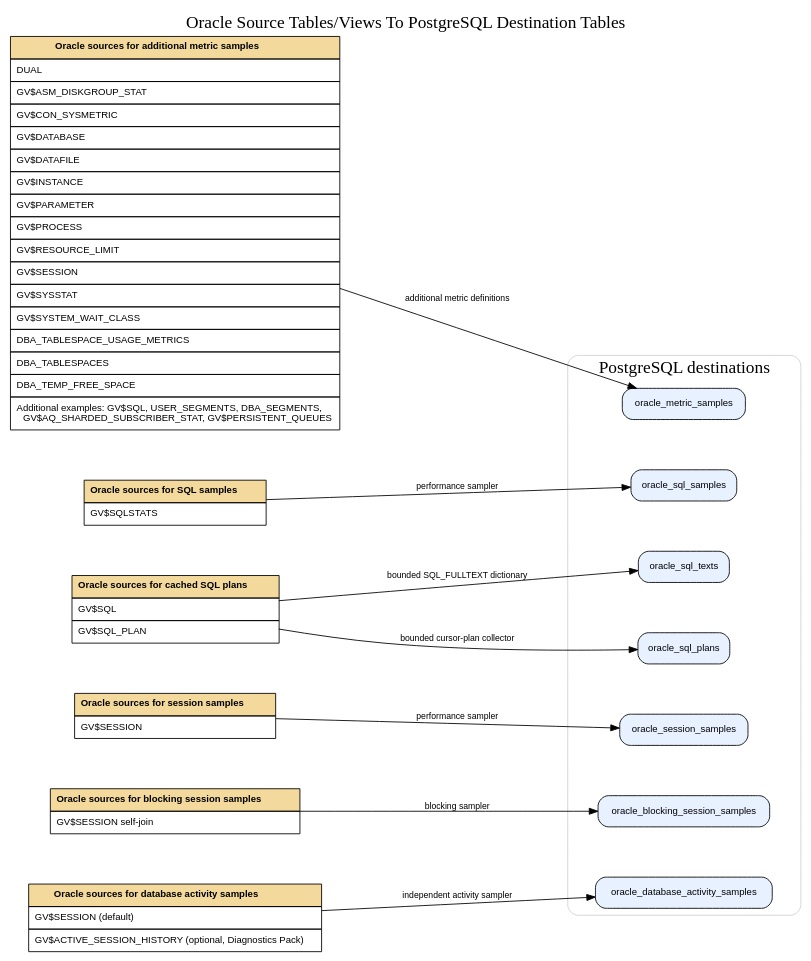
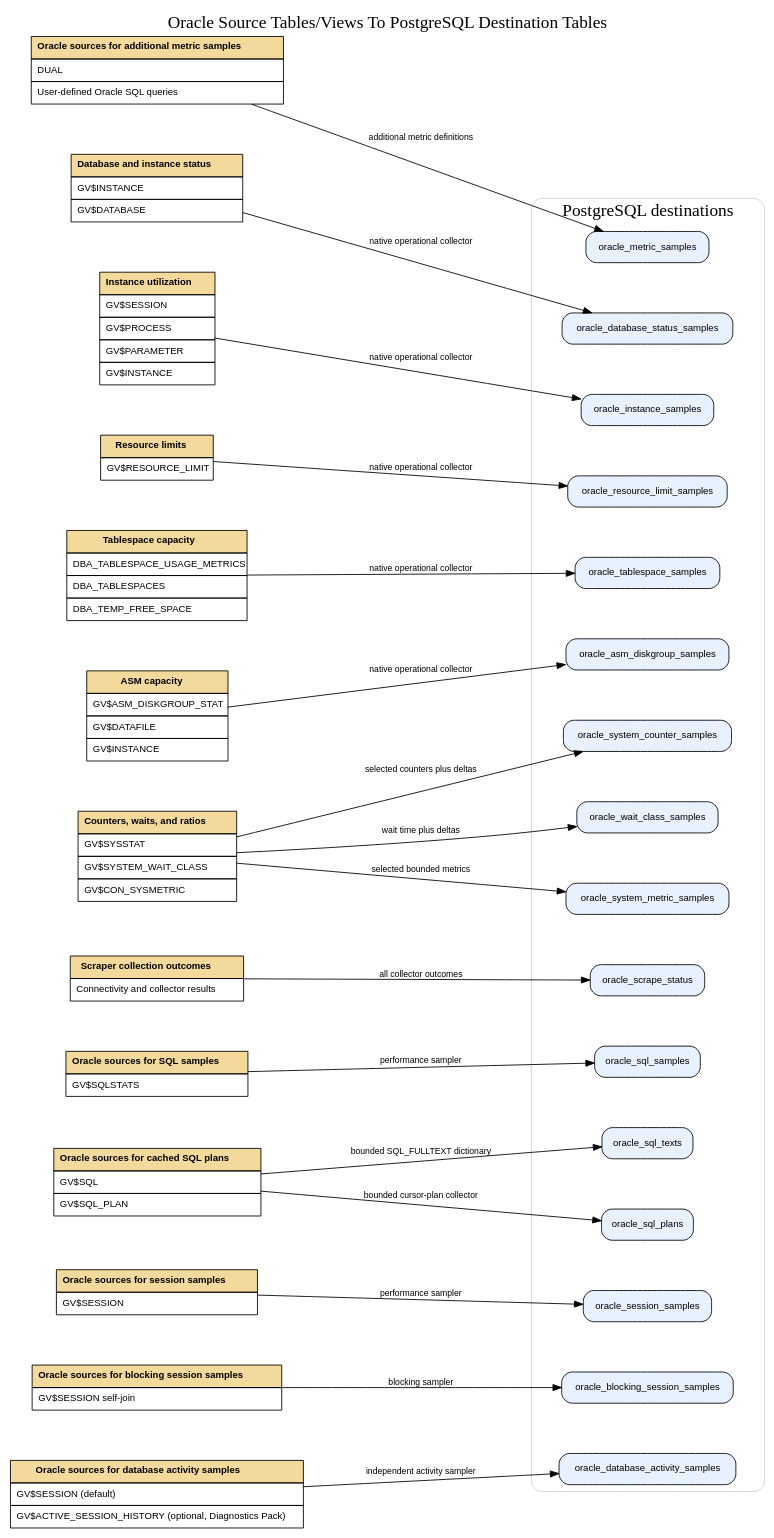
One commit to OneClickDBA/harry-performance-scraper changed the diagram in doc/oracle_to_postgresql_tables.dot. Above: the diagram before and after it, drawn with Graphviz. The commit also changed 30 other files, not shown here.

First line of the commit message:
Add native operational monitoring and Grafana alerts

```diff
--- a/doc/oracle_to_postgresql_tables.dot
+++ b/doc/oracle_to_postgresql_tables.dot
@@ -25,21 +25,87 @@
       <TABLE BORDER="0" CELLBORDER="1" CELLSPACING="0" CELLPADDING="6">
         <TR><TD BGCOLOR="#f3d99b"><B>Oracle sources for additional metric samples</B></TD></TR>
         <TR><TD ALIGN="LEFT">DUAL</TD></TR>
-        <TR><TD ALIGN="LEFT">GV$ASM_DISKGROUP_STAT</TD></TR>
-        <TR><TD ALIGN="LEFT">GV$CON_SYSMETRIC</TD></TR>
+        <TR><TD ALIGN="LEFT">User-defined Oracle SQL queries</TD></TR>
+      </TABLE>
+    >
+  ];
+
+  oracle_operational_identity_sources [
+    shape=plain,
+    label=<
+      <TABLE BORDER="0" CELLBORDER="1" CELLSPACING="0" CELLPADDING="6">
+        <TR><TD BGCOLOR="#f3d99b"><B>Database and instance status</B></TD></TR>
+        <TR><TD ALIGN="LEFT">GV$INSTANCE</TD></TR>
         <TR><TD ALIGN="LEFT">GV$DATABASE</TD></TR>
-        <TR><TD ALIGN="LEFT">GV$DATAFILE</TD></TR>
+      </TABLE>
+    >
+  ];
+
+  oracle_operational_instance_sources [
+    shape=plain,
+    label=<
+      <TABLE BORDER="0" CELLBORDER="1" CELLSPACING="0" CELLPADDING="6">
+        <TR><TD BGCOLOR="#f3d99b"><B>Instance utilization</B></TD></TR>
+        <TR><TD ALIGN="LEFT">GV$SESSION</TD></TR>
+        <TR><TD ALIGN="LEFT">GV$PROCESS</TD></TR>
+        <TR><TD ALIGN="LEFT">GV$PARAMETER</TD></TR>
         <TR><TD ALIGN="LEFT">GV$INSTANCE</TD></TR>
-        <TR><TD ALIGN="LEFT">GV$PARAMETER</TD></TR>
-        <TR><TD ALIGN="LEFT">GV$PROCESS</TD></TR>
+      </TABLE>
+    >
+  ];
+
+  oracle_operational_resource_sources [
+    shape=plain,
+    label=<
+      <TABLE BORDER="0" CELLBORDER="1" CELLSPACING="0" CELLPADDING="6">
+        <TR><TD BGCOLOR="#f3d99b"><B>Resource limits</B></TD></TR>
         <TR><TD ALIGN="LEFT">GV$RESOURCE_LIMIT</TD></TR>
-        <TR><TD ALIGN="LEFT">GV$SESSION</TD></TR>
-        <TR><TD ALIGN="LEFT">GV$SYSSTAT</TD></TR>
-        <TR><TD ALIGN="LEFT">GV$SYSTEM_WAIT_CLASS</TD></TR>
+      </TABLE>
+    >
+  ];
+
+  oracle_operational_tablespace_sources [
+    shape=plain,
+    label=<
+      <TABLE BORDER="0" CELLBORDER="1" CELLSPACING="0" CELLPADDING="6">
+        <TR><TD BGCOLOR="#f3d99b"><B>Tablespace capacity</B></TD></TR>
         <TR><TD ALIGN="LEFT">DBA_TABLESPACE_USAGE_METRICS</TD></TR>
         <TR><TD ALIGN="LEFT">DBA_TABLESPACES</TD></TR>
         <TR><TD ALIGN="LEFT">DBA_TEMP_FREE_SPACE</TD></TR>
-        <TR><TD ALIGN="LEFT">Additional examples: GV$SQL, USER_SEGMENTS, DBA_SEGMENTS,<BR/>GV$AQ_SHARDED_SUBSCRIBER_STAT, GV$PERSISTENT_QUEUES</TD></TR>
+      </TABLE>
+    >
+  ];
+
+  oracle_operational_asm_sources [
+    shape=plain,
+    label=<
+      <TABLE BORDER="0" CELLBORDER="1" CELLSPACING="0" CELLPADDING="6">
+        <TR><TD BGCOLOR="#f3d99b"><B>ASM capacity</B></TD></TR>
+        <TR><TD ALIGN="LEFT">GV$ASM_DISKGROUP_STAT</TD></TR>
+        <TR><TD ALIGN="LEFT">GV$DATAFILE</TD></TR>
+        <TR><TD ALIGN="LEFT">GV$INSTANCE</TD></TR>
+      </TABLE>
+    >
+  ];
+
+  oracle_operational_counter_sources [
+    shape=plain,
+    label=<
+      <TABLE BORDER="0" CELLBORDER="1" CELLSPACING="0" CELLPADDING="6">
+        <TR><TD BGCOLOR="#f3d99b"><B>Counters, waits, and ratios</B></TD></TR>
+        <TR><TD ALIGN="LEFT">GV$SYSSTAT</TD></TR>
+        <TR><TD ALIGN="LEFT">GV$SYSTEM_WAIT_CLASS</TD></TR>
+        <TR><TD ALIGN="LEFT">GV$CON_SYSMETRIC</TD></TR>
+      </TABLE>
+    >
+  ];
+
+  scraper_status_sources [
+    shape=plain,
+    label=<
+      <TABLE BORDER="0" CELLBORDER="1" CELLSPACING="0" CELLPADDING="6">
+        <TR><TD BGCOLOR="#f3d99b"><B>Scraper collection outcomes</B></TD></TR>
+        <TR><TD ALIGN="LEFT">Connectivity and collector results</TD></TR>
       </TABLE>
     >
   ];
@@ -143,6 +209,15 @@
       fillcolor="#e8f1ff",
       label="oracle_database_activity_samples"
     ];
+    pg_oracle_database_status_samples [shape=box, style="rounded,filled", fillcolor="#e8f1ff", label="oracle_database_status_samples"];
+    pg_oracle_instance_samples [shape=box, style="rounded,filled", fillcolor="#e8f1ff", label="oracle_instance_samples"];
+    pg_oracle_resource_limit_samples [shape=box, style="rounded,filled", fillcolor="#e8f1ff", label="oracle_resource_limit_samples"];
+    pg_oracle_tablespace_samples [shape=box, style="rounded,filled", fillcolor="#e8f1ff", label="oracle_tablespace_samples"];
+    pg_oracle_asm_diskgroup_samples [shape=box, style="rounded,filled", fillcolor="#e8f1ff", label="oracle_asm_diskgroup_samples"];
+    pg_oracle_system_counter_samples [shape=box, style="rounded,filled", fillcolor="#e8f1ff", label="oracle_system_counter_samples"];
+    pg_oracle_wait_class_samples [shape=box, style="rounded,filled", fillcolor="#e8f1ff", label="oracle_wait_class_samples"];
+    pg_oracle_system_metric_samples [shape=box, style="rounded,filled", fillcolor="#e8f1ff", label="oracle_system_metric_samples"];
+    pg_oracle_scrape_status [shape=box, style="rounded,filled", fillcolor="#e8f1ff", label="oracle_scrape_status"];
   }
 
   oracle_metric_sources -> pg_oracle_metric_samples [label="additional metric definitions"];
@@ -152,4 +227,13 @@
   oracle_session_sources -> pg_oracle_session_samples [label="performance sampler"];
   oracle_blocking_session_sources -> pg_oracle_blocking_session_samples [label="blocking sampler"];
   oracle_database_activity_sources -> pg_oracle_database_activity_samples [label="independent activity sampler"];
+  oracle_operational_identity_sources -> pg_oracle_database_status_samples [label="native operational collector"];
+  oracle_operational_instance_sources -> pg_oracle_instance_samples [label="native operational collector"];
+  oracle_operational_resource_sources -> pg_oracle_resource_limit_samples [label="native operational collector"];
+  oracle_operational_tablespace_sources -> pg_oracle_tablespace_samples [label="native operational collector"];
+  oracle_operational_asm_sources -> pg_oracle_asm_diskgroup_samples [label="native operational collector"];
+  oracle_operational_counter_sources -> pg_oracle_system_counter_samples [label="selected counters plus deltas"];
+  oracle_operational_counter_sources -> pg_oracle_wait_class_samples [label="wait time plus deltas"];
+  oracle_operational_counter_sources -> pg_oracle_system_metric_samples [label="selected bounded metrics"];
+  scraper_status_sources -> pg_oracle_scrape_status [label="all collector outcomes"];
 }
```
